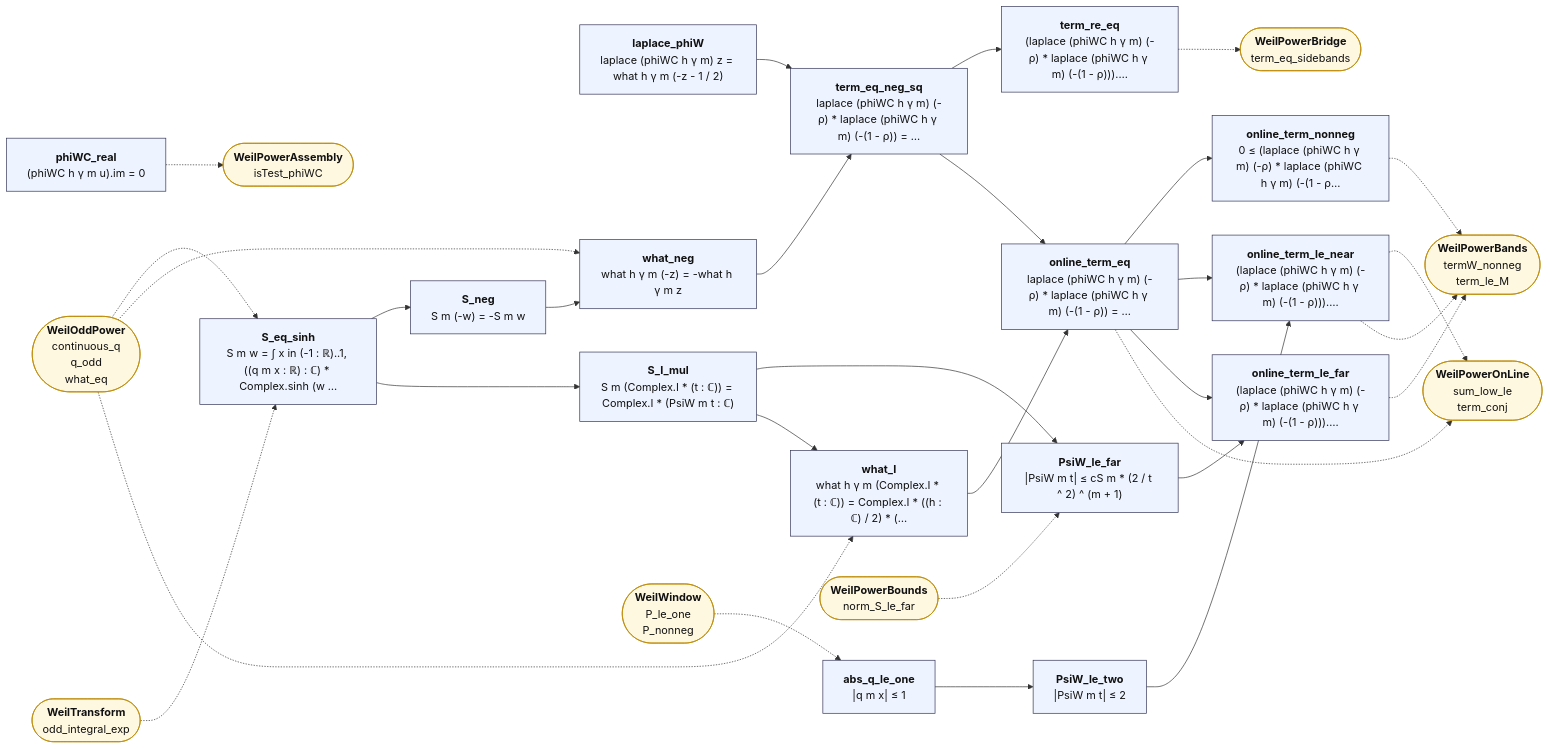
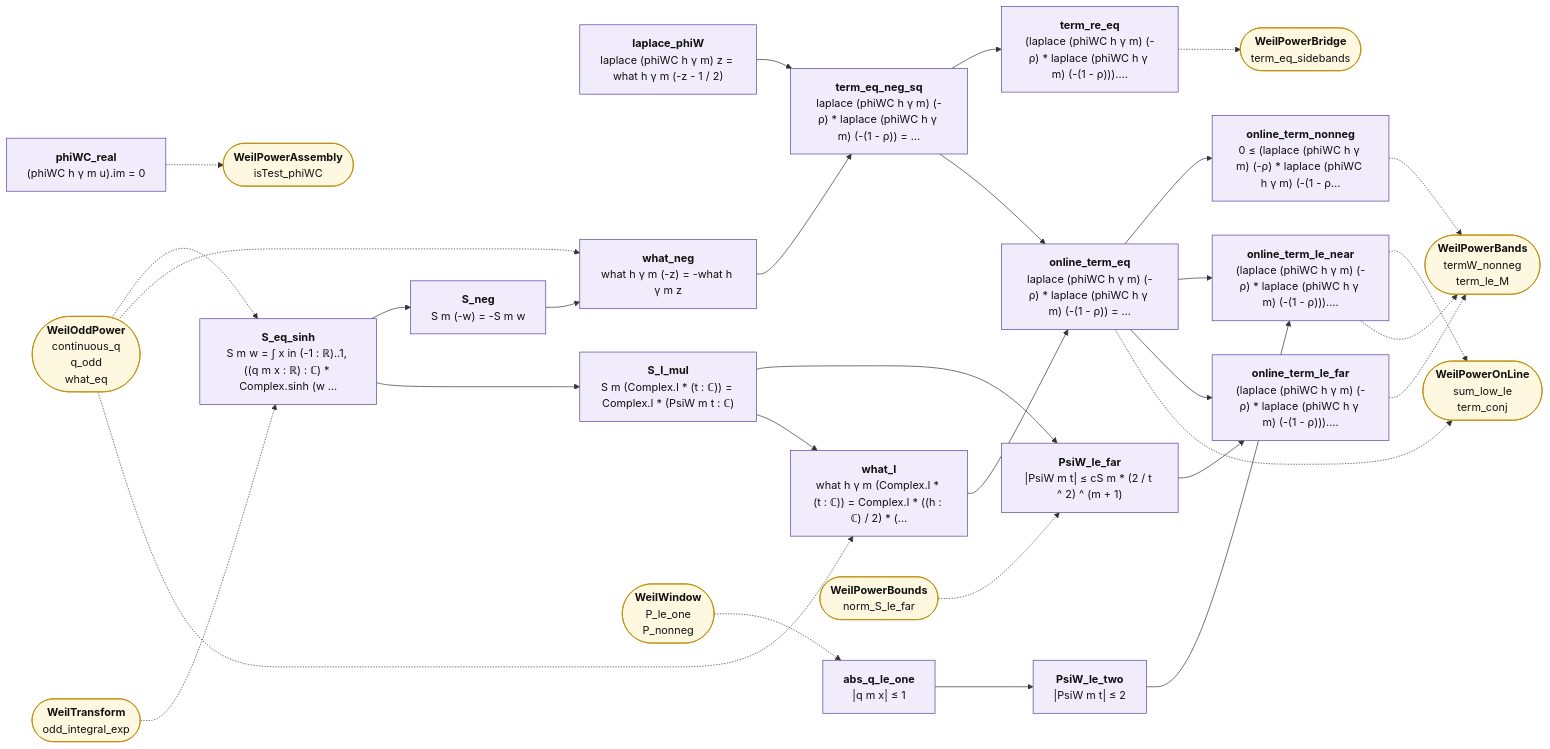
Before and after one commit to juliansambranojr/Primebeat_081426: the diagram in map/lean_stage3/WeilPowerBackground.md, drawn with Mermaid. The commit also changed other lines of this file and 398 other files, not shown here.

````diff
--- a/map/lean_stage3/WeilPowerBackground.md
+++ b/map/lean_stage3/WeilPowerBackground.md
@@ -12,61 +12,64 @@
 ```mermaid
 flowchart LR
-  n0["<b>phiWC_real</b><br/>(phiWC h γ m u).im = 0"]:::thm
-  n1["<b>laplace_phiW</b><br/>laplace (phiWC h γ m) z = what h γ m (-z - 1 / 2)"]:::thm
-  n2["<b>S_eq_sinh</b><br/>S m w = ∫ x in (-1 : ℝ)..1, ((q m x : ℝ) : ℂ) * Complex.sinh (w …"]:::thm
-  n3["<b>S_neg</b><br/>S m (-w) = -S m w"]:::thm
-  n4["<b>what_neg</b><br/>what h γ m (-z) = -what h γ m z"]:::thm
-  n5["<b>term_eq_neg_sq</b><br/>laplace (phiWC h γ m) (-ρ) * laplace (phiWC h γ m) (-(1 - ρ)) = …"]:::thm
-  n6["<b>term_re_eq</b><br/>(laplace (phiWC h γ m) (-ρ) * laplace (phiWC h γ m) (-(1 - ρ))).…"]:::thm
-  n7["<b>S_I_mul</b><br/>S m (Complex.I * (t : ℂ)) = Complex.I * (PsiW m t : ℂ)"]:::thm
-  n8["<b>what_I</b><br/>what h γ m (Complex.I * (t : ℂ)) = Complex.I * ((h : ℂ) / 2) * (…"]:::thm
-  n9["<b>online_term_eq</b><br/>laplace (phiWC h γ m) (-ρ) * laplace (phiWC h γ m) (-(1 - ρ)) = …"]:::thm
-  n10["<b>online_term_nonneg</b><br/>0 ≤ (laplace (phiWC h γ m) (-ρ) * laplace (phiWC h γ m) (-(1 - ρ…"]:::thm
-  n11["<b>abs_q_le_one</b><br/>|q m x| ≤ 1"]:::thm
-  n12["<b>PsiW_le_two</b><br/>|PsiW m t| ≤ 2"]:::thm
-  n13["<b>online_term_le_near</b><br/>(laplace (phiWC h γ m) (-ρ) * laplace (phiWC h γ m) (-(1 - ρ))).…"]:::thm
-  n14["<b>PsiW_le_far</b><br/>|PsiW m t| ≤ cS m * (2 / t ^ 2) ^ (m + 1)"]:::thm
-  n15["<b>online_term_le_far</b><br/>(laplace (phiWC h γ m) (-ρ) * laplace (phiWC h γ m) (-(1 - ρ))).…"]:::thm
+  n0["<b>phiWC_real</b><br/>(phiWC h γ m u).im = 0"]:::shp
+  n1["<b>laplace_phiW</b><br/>laplace (phiWC h γ m) z = what h γ m (-z - 1 / 2)"]:::shp
+  n2["<b>S_eq_sinh</b><br/>S m w = ∫ x in (-1 : ℝ)..1, ((q m x : ℝ) : ℂ) * Complex.sinh (w …"]:::shp
+  n3["<b>S_neg</b><br/>S m (-w) = -S m w"]:::shp
+  n4["<b>what_neg</b><br/>what h γ m (-z) = -what h γ m z"]:::shp
+  n5["<b>term_eq_neg_sq</b><br/>laplace (phiWC h γ m) (-ρ) * laplace (phiWC h γ m) (-(1 - ρ)) = …"]:::shp
+  n6["<b>term_re_eq</b><br/>(laplace (phiWC h γ m) (-ρ) * laplace (phiWC h γ m) (-(1 - ρ))).…"]:::shp
+  n7["<b>S_I_mul</b><br/>S m (Complex.I * (t : ℂ)) = Complex.I * (PsiW m t : ℂ)"]:::shp
+  n8["<b>what_I</b><br/>what h γ m (Complex.I * (t : ℂ)) = Complex.I * ((h : ℂ) / 2) * (…"]:::shp
+  n9["<b>online_term_eq</b><br/>laplace (phiWC h γ m) (-ρ) * laplace (phiWC h γ m) (-(1 - ρ)) = …"]:::shp
+  n10["<b>online_term_nonneg</b><br/>0 ≤ (laplace (phiWC h γ m) (-ρ) * laplace (phiWC h γ m) (-(1 - ρ…"]:::shp
+  n11["<b>abs_q_le_one</b><br/>|q m x| ≤ 1"]:::shp
+  n12["<b>PsiW_le_two</b><br/>|PsiW m t| ≤ 2"]:::shp
+  n13["<b>online_term_le_near</b><br/>(laplace (phiWC h γ m) (-ρ) * laplace (phiWC h γ m) (-(1 - ρ))).…"]:::shp
+  n14["<b>PsiW_le_far</b><br/>|PsiW m t| ≤ cS m * (2 / t ^ 2) ^ (m + 1)"]:::shp
+  n15["<b>online_term_le_far</b><br/>(laplace (phiWC h γ m) (-ρ) * laplace (phiWC h γ m) (-(1 - ρ))).…"]:::shp
   x0(["<b>WeilPowerAssembly</b><br/>isTest_phiWC"]):::ext
   x1(["<b>WeilOddPower</b><br/>continuous_q<br/>q_odd<br/>what_eq"]):::ext
   x2(["<b>WeilTransform</b><br/>odd_integral_exp"]):::ext
   x3(["<b>WeilPowerBridge</b><br/>term_eq_sidebands"]):::ext
   x4(["<b>WeilPowerOnLine</b><br/>sum_low_le<br/>term_conj"]):::ext
   x5(["<b>WeilPowerBands</b><br/>termW_nonneg<br/>term_le_M"]):::ext
   x6(["<b>WeilWindow</b><br/>P_le_one<br/>P_nonneg"]):::ext
   x7(["<b>WeilPowerBounds</b><br/>norm_S_le_far"]):::ext
   n1 --> n5
   n11 --> n12
   n12 --> n13
   n14 --> n15
   n2 --> n3
   n2 --> n7
   n3 --> n4
   n4 --> n5
   n5 --> n6
   n5 --> n9
   n7 --> n14
   n7 --> n8
   n8 --> n9
   n9 --> n10
   n9 --> n13
   n9 --> n15
   n0 -.-> x0
   n10 -.-> x5
   n13 -.-> x4
   n13 -.-> x5
   n15 -.-> x5
   n6 -.-> x3
   n9 -.-> x4
   x1 -.-> n2
   x1 -.-> n4
   x1 -.-> n8
   x2 -.-> n2
   x6 -.-> n11
   x7 -.-> n14
+  classDef cnt fill:#dff5ec,stroke:#17694a,color:#111
+  classDef shp fill:#f1ecfb,stroke:#5b3fa0,color:#111
+  classDef rh fill:#ffe5e5,stroke:#c22,color:#111,stroke-width:2px
   classDef thm fill:#eef4ff,stroke:#335,color:#111
   classDef end_ fill:#e7f7e7,stroke:#2a7,color:#111,stroke-width:2px
   classDef lone fill:#fff,stroke:#999,color:#111,stroke-dasharray:4 3
   classDef bad fill:#ffe5e5,stroke:#c22,color:#111,stroke-width:2px
   classDef ext fill:#fff8e1,stroke:#b80,color:#111
 ```
````
